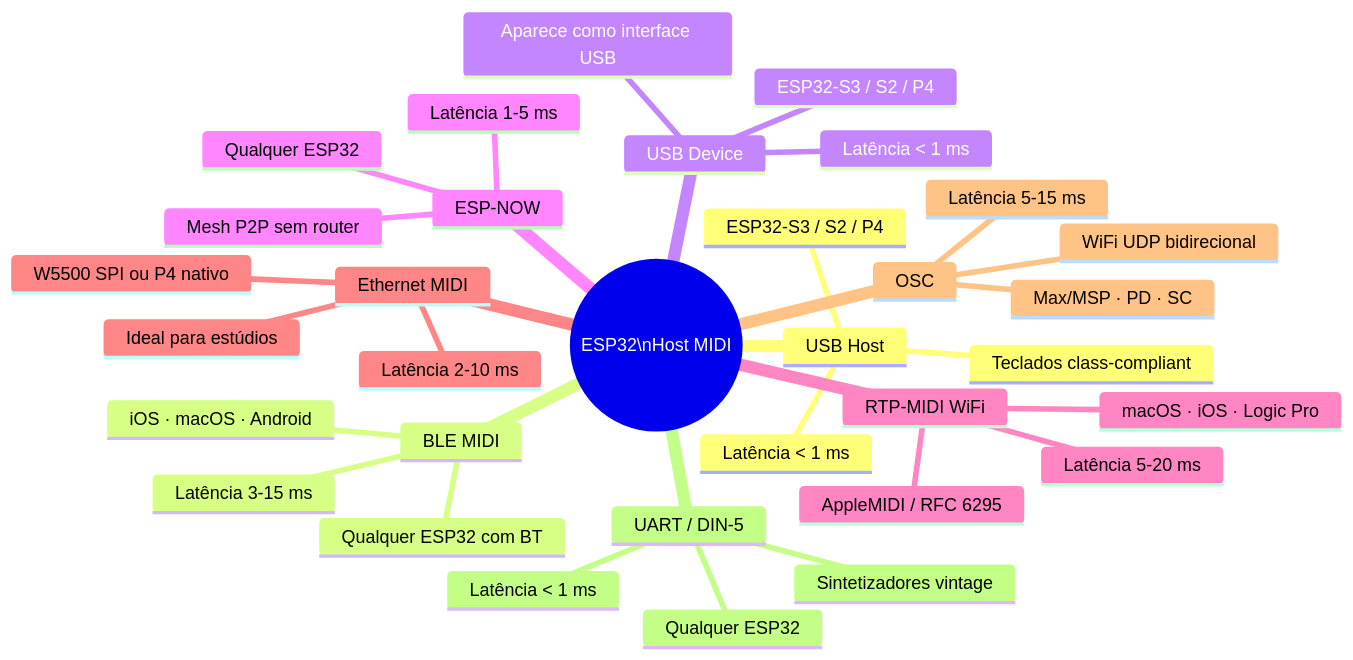
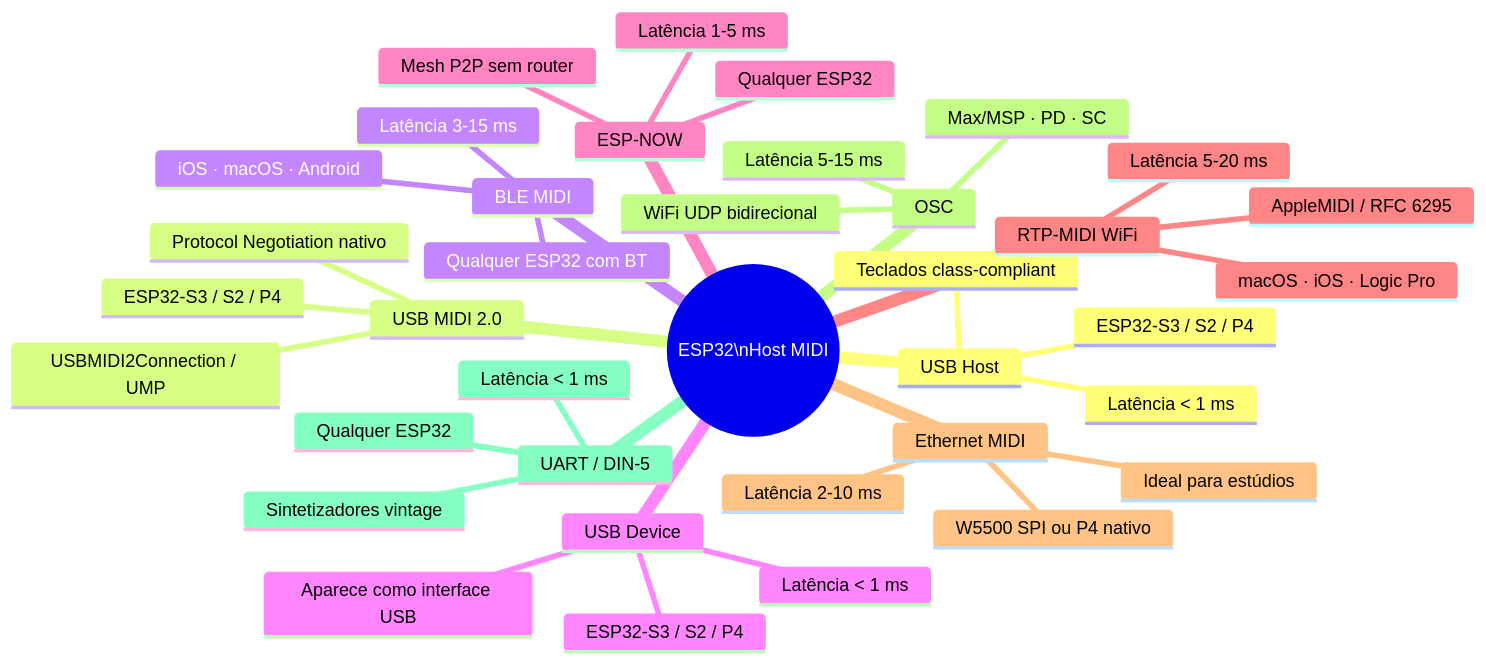
Before and after one commit to sauloverissimo/ESP32_Host_MIDI: the first of 3 diagrams in docs/guia/introducao.md, drawn with Mermaid. The commit also changed other lines of this file and 22 other files, not shown here.

````diff
--- a/docs/guia/introducao.md
+++ b/docs/guia/introducao.md
@@ -29,36 +32,40 @@
 ```mermaid
 mindmap
   root((ESP32\nHost MIDI))
     USB Host
       ESP32-S3 / S2 / P4
       Teclados class-compliant
       Latência < 1 ms
+    USB MIDI 2.0
+      ESP32-S3 / S2 / P4
+      USBMIDI2Connection / UMP
+      Protocol Negotiation nativo
     BLE MIDI
       Qualquer ESP32 com BT
       iOS · macOS · Android
       Latência 3-15 ms
     USB Device
       ESP32-S3 / S2 / P4
       Aparece como interface USB
       Latência < 1 ms
     ESP-NOW
       Qualquer ESP32
       Mesh P2P sem router
       Latência 1-5 ms
     RTP-MIDI WiFi
       AppleMIDI / RFC 6295
       macOS · iOS · Logic Pro
       Latência 5-20 ms
     Ethernet MIDI
       W5500 SPI ou P4 nativo
       Ideal para estúdios
       Latência 2-10 ms
     OSC
       WiFi UDP bidirecional
       Max/MSP · PD · SC
       Latência 5-15 ms
     UART / DIN-5
       Qualquer ESP32
       Sintetizadores vintage
       Latência < 1 ms
 ```
````
